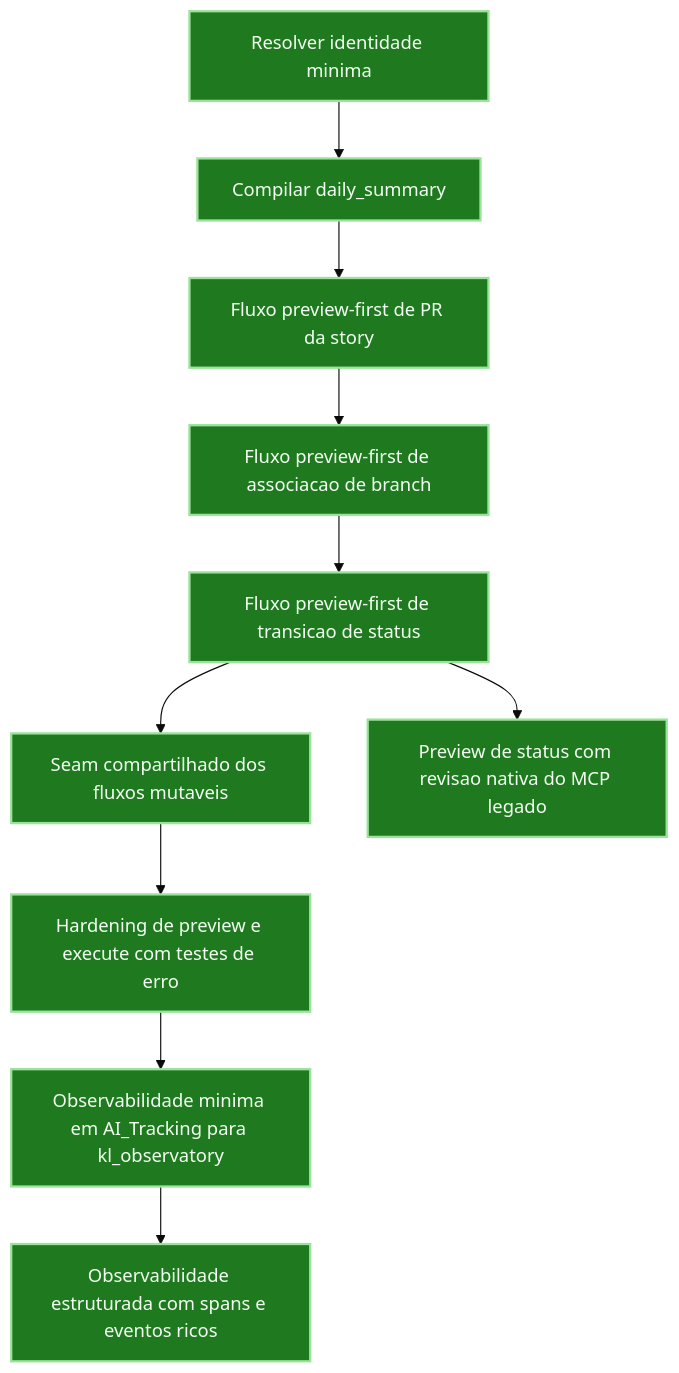
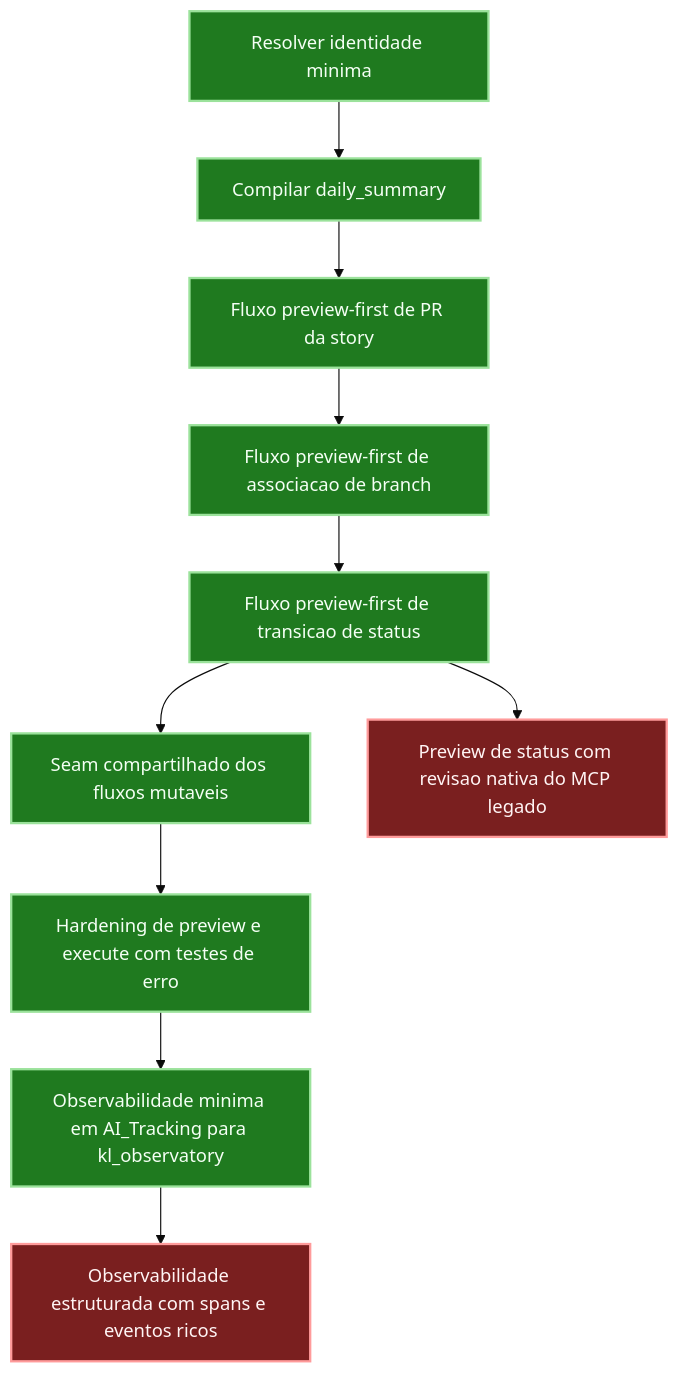
The diagram in README.md (marcosambra/kwikledgers_langgraph), drawn with Mermaid (base theme) before and after one commit. The commit also changed other lines of this file and 33 other files, not shown here.

````diff
--- a/README.md
+++ b/README.md
@@ -109,17 +115,18 @@
 ```mermaid
 flowchart TD
 	A[Resolver identidade minima] --> B[Compilar daily_summary]
 	B --> C[Fluxo preview-first de PR da story]
 	C --> D[Fluxo preview-first de associacao de branch]
 	D --> E[Fluxo preview-first de transicao de status]
 	E --> F[Seam compartilhado dos fluxos mutaveis]
 	F --> G[Hardening de preview e execute com testes de erro]
 	G --> H[Observabilidade minima em AI_Tracking para kl_observatory]
 	H --> I[Observabilidade estruturada com spans e eventos ricos]
 	E --> J[Preview de status com revisao nativa do MCP legado]
 
 	classDef done fill:#1f7a1f,stroke:#9be29b,color:#f4fff4,stroke-width:2px;
 	classDef pending fill:#7a1f1f,stroke:#ff9b9b,color:#fff4f4,stroke-width:2px;
 
-	class A,B,C,D,E,F,G,H,I,J done;
+	class A,B,C,D,E,F,G,H done;
+	class I,J pending;
 ```
````
